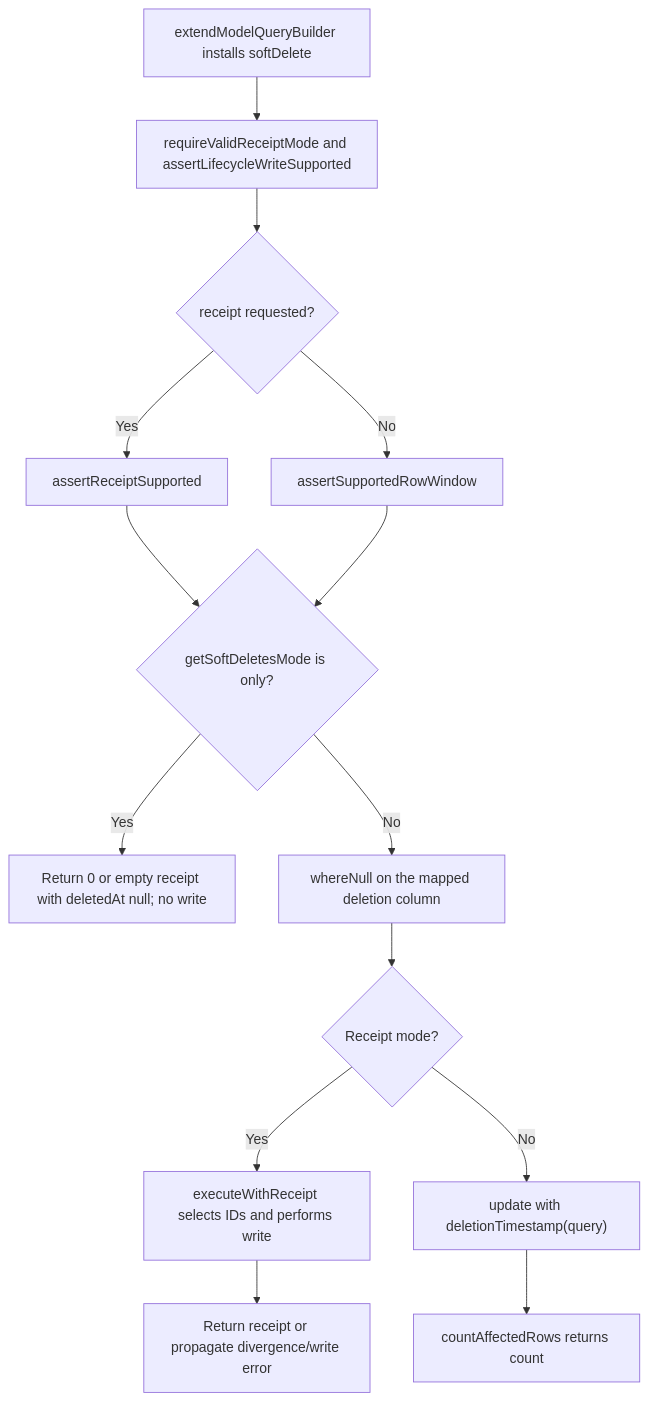
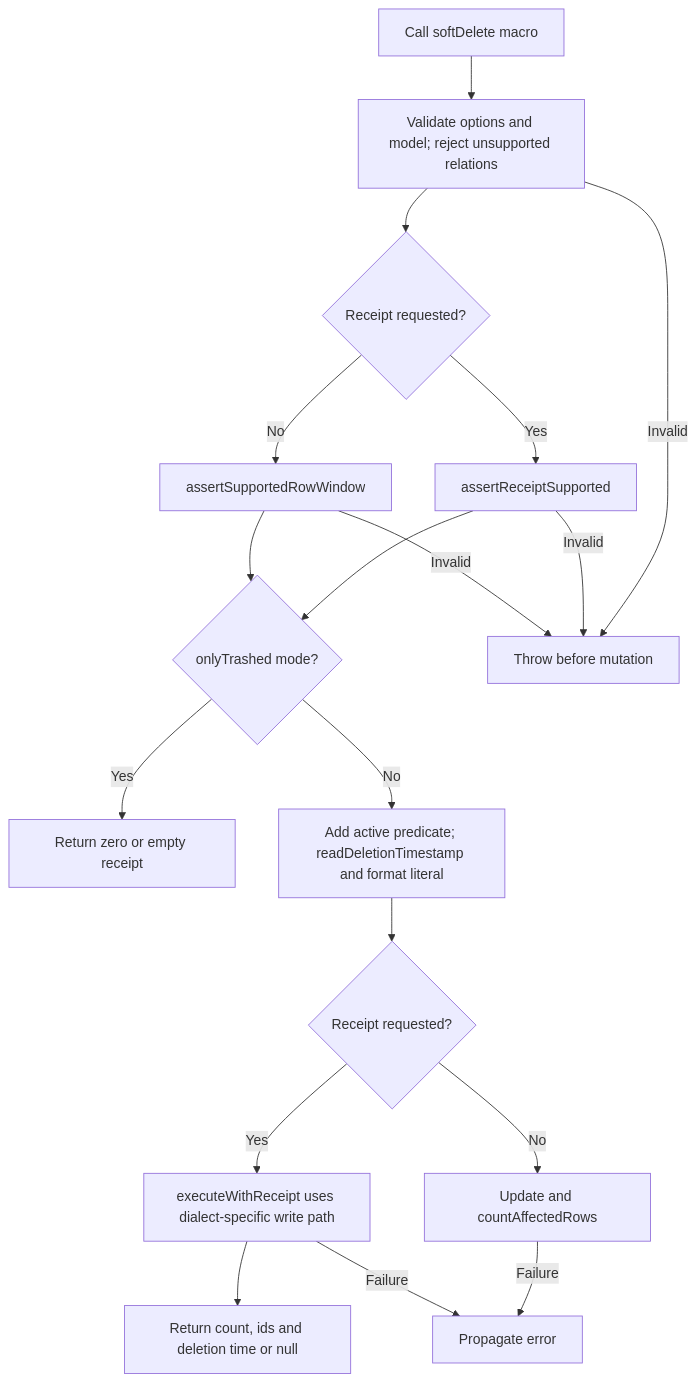
One commit to Kevinjohn/oss-adonisjs-lucid-soft-delete changed the second of 2 diagrams in user-stories/bulk-operations/us-app-05-bulk-lifecycle.md. Above: the diagram before and after it, drawn with Mermaid. The commit also changed other lines of this file and 26 other files, not shown here.

````diff
--- a/user-stories/bulk-operations/us-app-05-bulk-lifecycle.md
+++ b/user-stories/bulk-operations/us-app-05-bulk-lifecycle.md
@@ -41,16 +41,15 @@
 ```mermaid
 flowchart TD
-    A["extendModelQueryBuilder installs softDelete"] --> B["requireValidReceiptMode and assertLifecycleWriteSupported"]
-    B --> C{"receipt requested?"}
-    C -->|Yes| D["assertReceiptSupported"]
-    C -->|No| E["assertSupportedRowWindow"]
-    D --> L{"getSoftDeletesMode is only?"}
-    E --> L
-    L -->|Yes| M["Return 0 or empty receipt with deletedAt null; no write"]
-    L -->|No| F["whereNull on the mapped deletion column"]
-    F --> G{"Receipt mode?"}
-    G -->|Yes| H["executeWithReceipt selects IDs and performs write"]
-    G -->|No| I["update with deletionTimestamp(query)"]
-    H --> J["Return receipt or propagate divergence/write error"]
-    I --> K["countAffectedRows returns count"]
+    A["Call softDelete macro"] --> B["Validate options and model; reject unsupported relations"] --> C{"Receipt requested?"}
+    C -->|Yes| D["assertReceiptSupported"] --> F{"onlyTrashed mode?"}
+    C -->|No| E["assertSupportedRowWindow"] --> F
+    B -->|Invalid| X["Throw before mutation"]
+    D -->|Invalid| X
+    E -->|Invalid| X
+    F -->|Yes| G["Return zero or empty receipt"]
+    F -->|No| H["Add active predicate; readDeletionTimestamp and format literal"] --> I{"Receipt requested?"}
+    I -->|No| J["Update and countAffectedRows"]
+    I -->|Yes| K["executeWithReceipt uses dialect-specific write path"] --> L["Return count, ids and deletion time or null"]
+    J -->|Failure| Y["Propagate error"]
+    K -->|Failure| Y
 ```
````
